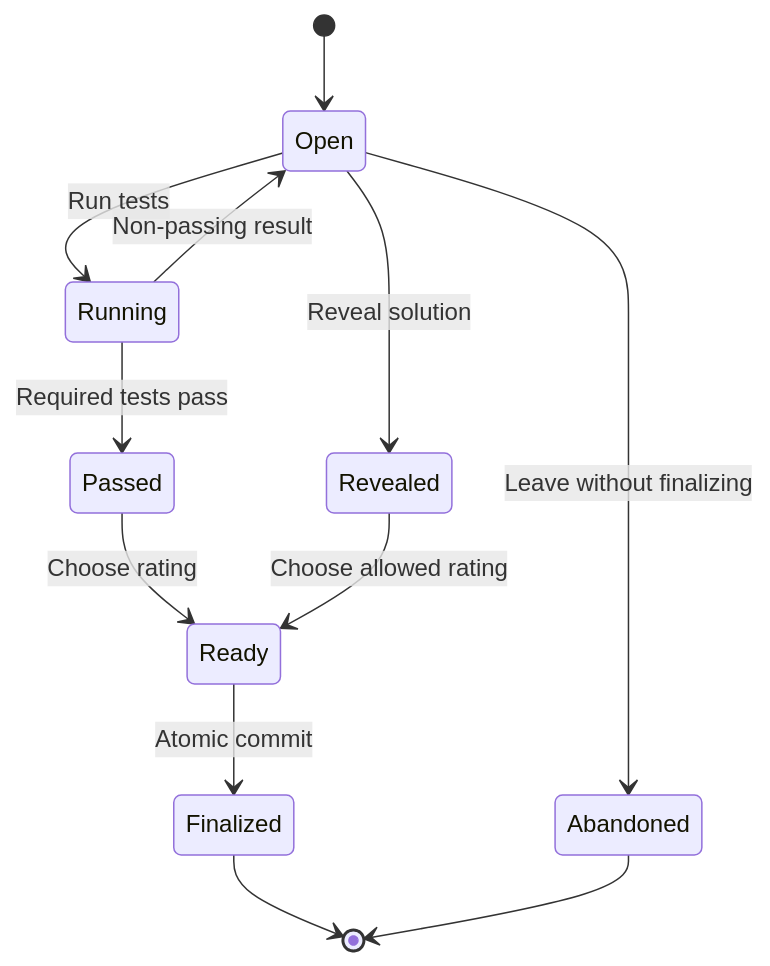
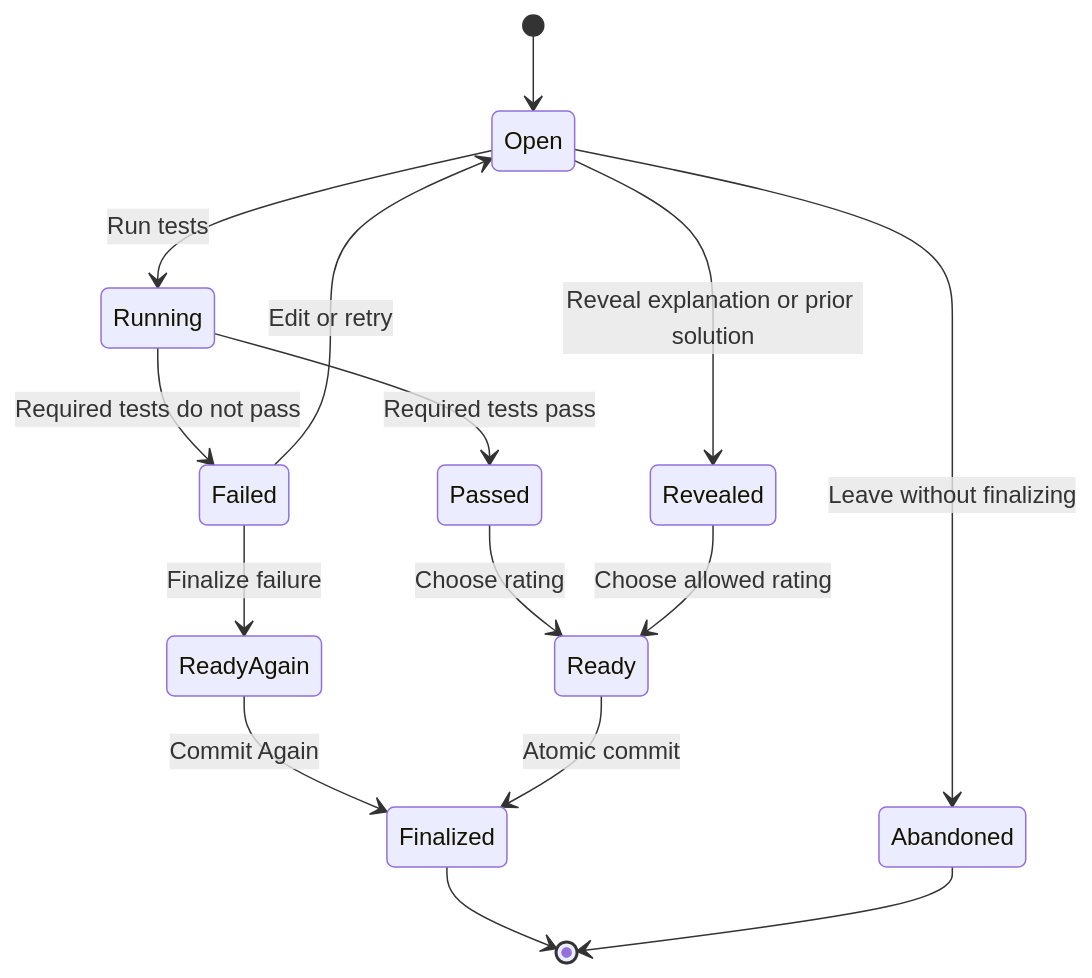
Before and after one commit to bee-san/BeeCode: the second of 2 diagrams in goals/04-reviews-and-fsrs.md, drawn with Mermaid. The commit also changed other lines of this file and 11 other files, not shown here.

````diff
--- a/goals/04-reviews-and-fsrs.md
+++ b/goals/04-reviews-and-fsrs.md
@@ -30,14 +30,17 @@
 ```mermaid
 stateDiagram-v2
     [*] --> Open
     Open --> Running: Run tests
-    Running --> Open: Non-passing result
+    Running --> Failed: Required tests do not pass
+    Failed --> Open: Edit or retry
+    Failed --> ReadyAgain: Finalize failure
+    ReadyAgain --> Finalized: Commit Again
     Running --> Passed: Required tests pass
-    Open --> Revealed: Reveal solution
+    Open --> Revealed: Reveal explanation or prior solution
     Passed --> Ready: Choose rating
     Revealed --> Ready: Choose allowed rating
     Ready --> Finalized: Atomic commit
     Open --> Abandoned: Leave without finalizing
     Finalized --> [*]
     Abandoned --> [*]
 ```
````
